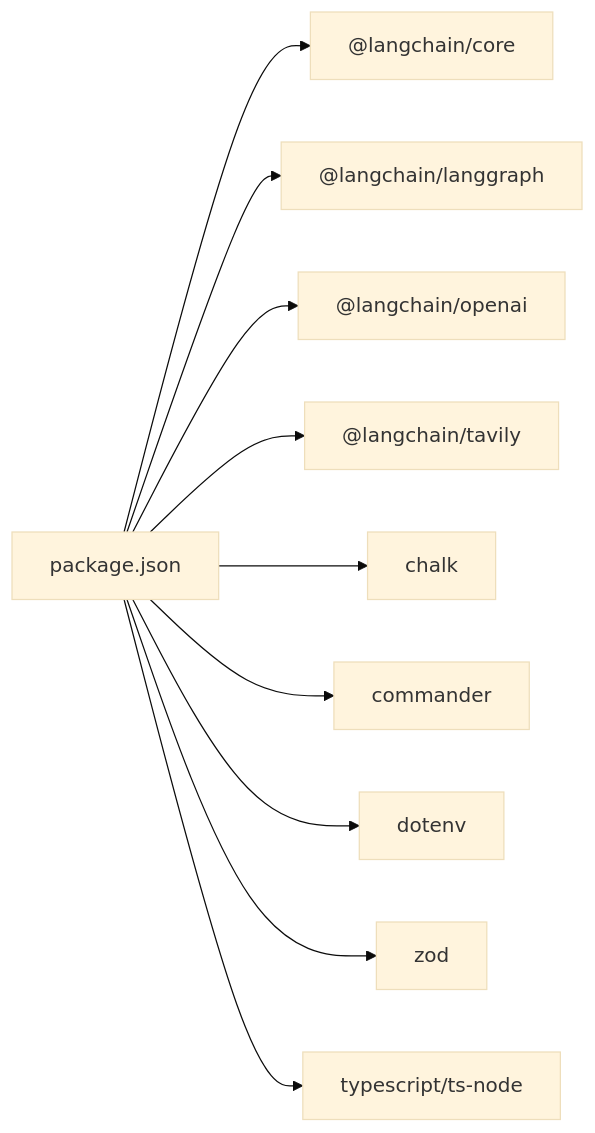
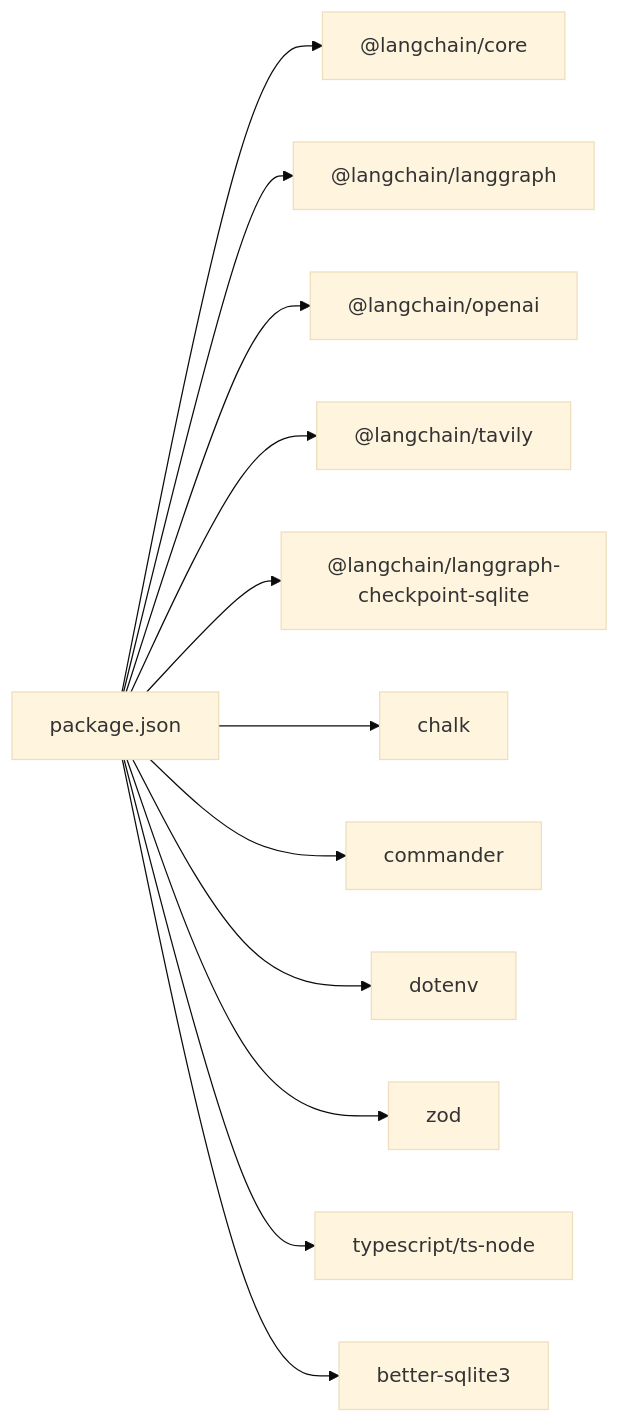
Before and after one commit to HAOFUYANG/onion-code: the ninth of 9 diagrams in .qoder/repowiki/zh/content/核心代理系统/核心代理系统.md, drawn with Mermaid (base theme). The commit also changed other lines of this file and 3 other files, not shown here.

````diff
--- a/.qoder/repowiki/zh/content/核心代理系统/核心代理系统.md
+++ b/.qoder/repowiki/zh/content/核心代理系统/核心代理系统.md
@@ -412,12 +459,14 @@
 ```mermaid
 graph LR
 PKG["package.json"] --> CORE["@langchain/core"]
 PKG --> LANGGRAPH["@langchain/langgraph"]
 PKG --> OPENAI["@langchain/openai"]
 PKG --> TAVILY["@langchain/tavily"]
+PKG --> SQLITE["@langchain/langgraph-checkpoint-sqlite"]
 PKG --> CHALK["chalk"]
 PKG --> CMDR["commander"]
 PKG --> DOTENV["dotenv"]
 PKG --> ZOD["zod"]
 PKG --> TS["typescript/ts-node"]
+PKG --> BETTERSQLITE["better-sqlite3"]
 ```
````
